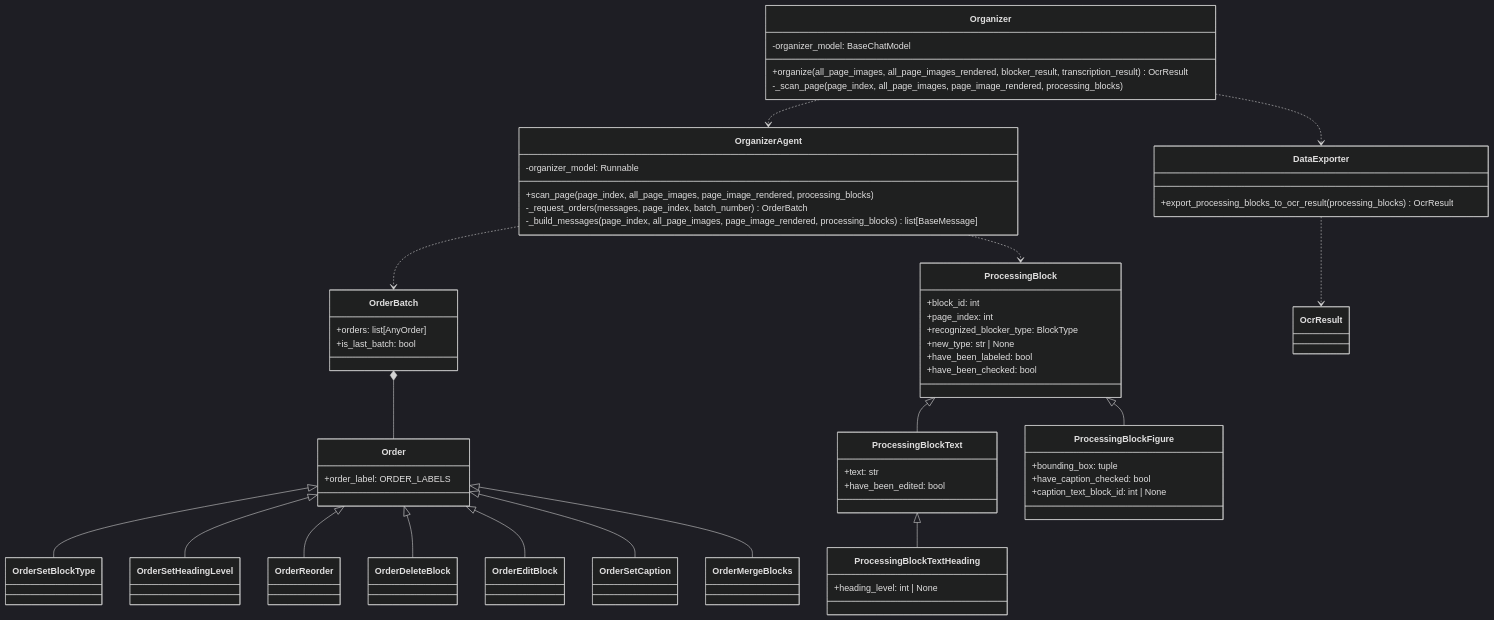
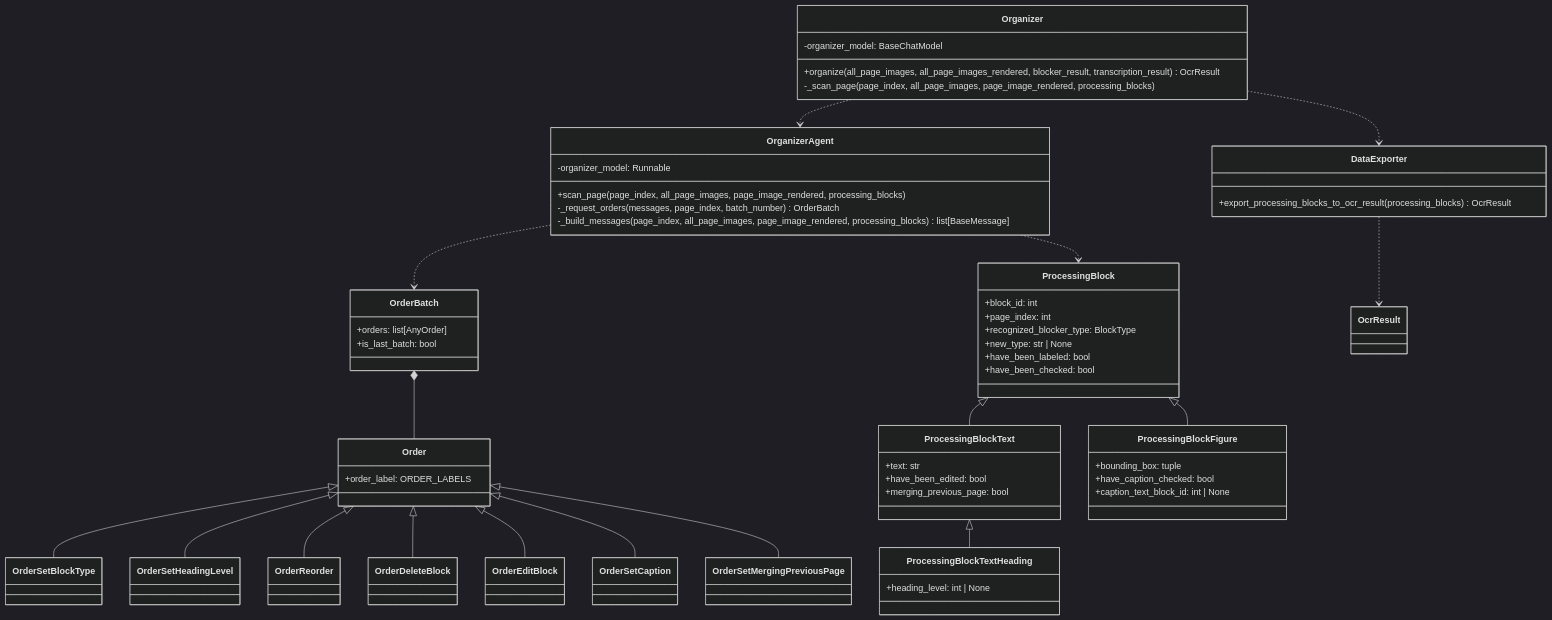
The first of 2 diagrams in Uploader/OcrModule/Blocked/Docs/StructureOrganizer.ja.md (konbraphat51/SuperSuat), drawn with Mermaid (dark theme) before and after one commit. The commit also changed other lines of this file and 6 other files, not shown here.

````diff
--- a/Uploader/OcrModule/Blocked/Docs/StructureOrganizer.ja.md
+++ b/Uploader/OcrModule/Blocked/Docs/StructureOrganizer.ja.md
@@ -12,60 +12,61 @@
 ```mermaid
 classDiagram
     class Organizer {
         -organizer_model: BaseChatModel
         +organize(all_page_images, all_page_images_rendered, blocker_result, transcription_result) OcrResult
         -_scan_page(page_index, all_page_images, page_image_rendered, processing_blocks)
     }
     class OrganizerAgent {
         -organizer_model: Runnable
         +scan_page(page_index, all_page_images, page_image_rendered, processing_blocks)
         -_request_orders(messages, page_index, batch_number) OrderBatch
         -_build_messages(page_index, all_page_images, page_image_rendered, processing_blocks) list[BaseMessage]
     }
     class OrderBatch {
         +orders: list[AnyOrder]
         +is_last_batch: bool
     }
     class Order {
         +order_label: ORDER_LABELS
     }
     class ProcessingBlock {
         +block_id: int
         +page_index: int
         +recognized_blocker_type: BlockType
         +new_type: str | None
         +have_been_labeled: bool
         +have_been_checked: bool
     }
     class ProcessingBlockText {
         +text: str
         +have_been_edited: bool
+        +merging_previous_page: bool
     }
     class ProcessingBlockTextHeading {
         +heading_level: int | None
     }
     class ProcessingBlockFigure {
         +bounding_box: tuple
         +have_caption_checked: bool
         +caption_text_block_id: int | None
     }
     class DataExporter {
         +export_processing_blocks_to_ocr_result(processing_blocks) OcrResult
     }
     Organizer ..> OrganizerAgent
     Organizer ..> DataExporter
     DataExporter ..> OcrResult
     OrganizerAgent ..> OrderBatch
     OrderBatch *-- Order
     Order <|-- OrderSetBlockType
     Order <|-- OrderSetHeadingLevel
     Order <|-- OrderReorder
     Order <|-- OrderDeleteBlock
     Order <|-- OrderEditBlock
     Order <|-- OrderSetCaption
-    Order <|-- OrderMergeBlocks
+    Order <|-- OrderSetMergingPreviousPage
     ProcessingBlock <|-- ProcessingBlockText
     ProcessingBlock <|-- ProcessingBlockFigure
     ProcessingBlockText <|-- ProcessingBlockTextHeading
     OrganizerAgent ..> ProcessingBlock
 ```
````
